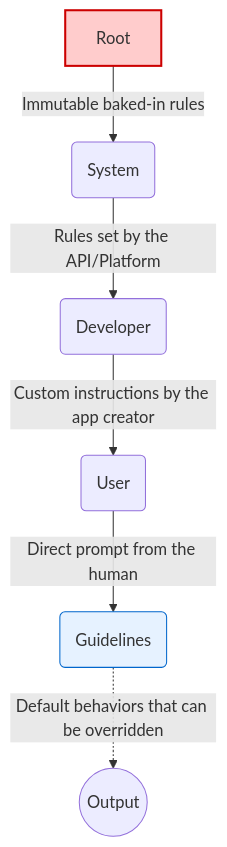
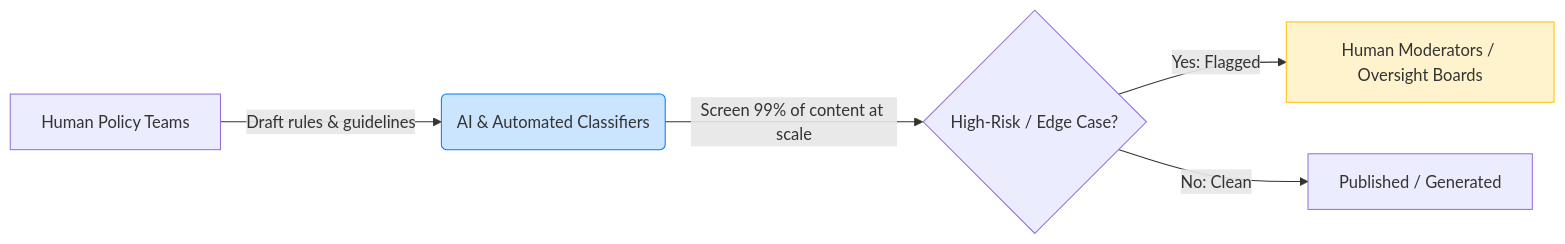
Diagram 15 of 18 in AI Safety/CS2281.md (aryansi225/Learning_ai), drawn with Mermaid before and after one commit. The commit also changed other lines of this file, not shown here.

````diff
--- a/AI Safety/CS2281.md
+++ b/AI Safety/CS2281.md
@@ -362,11 +368,10 @@
 ```mermaid
-flowchart TD
-    A[Root] -->|Immutable baked-in rules| B(System)
-    B -->|Rules set by the API/Platform| C(Developer)
-    C -->|Custom instructions by the app creator| D(User)
-    D -->|Direct prompt from the human| E(Guidelines)
-    E -.->|Default behaviors that can be overridden| F((Output))
+graph LR
+    A[Human Policy Teams] -->|Draft rules & guidelines| B(AI & Automated Classifiers)
+    B -->|Screen 99% of content at scale| C{High-Risk / Edge Case?}
+    C -->|Yes: Flagged| D[Human Moderators / Oversight Boards]
+    C -->|No: Clean| E[Published / Generated]
     
-    style A fill:#ffcccc,stroke:#cc0000,stroke-width:2px
-    style E fill:#e6f2ff,stroke:#0066cc,stroke-width:1px
+    style B fill:#cce5ff,stroke:#007bff
+    style D fill:#fff3cd,stroke:#ffc107
 ```
````
